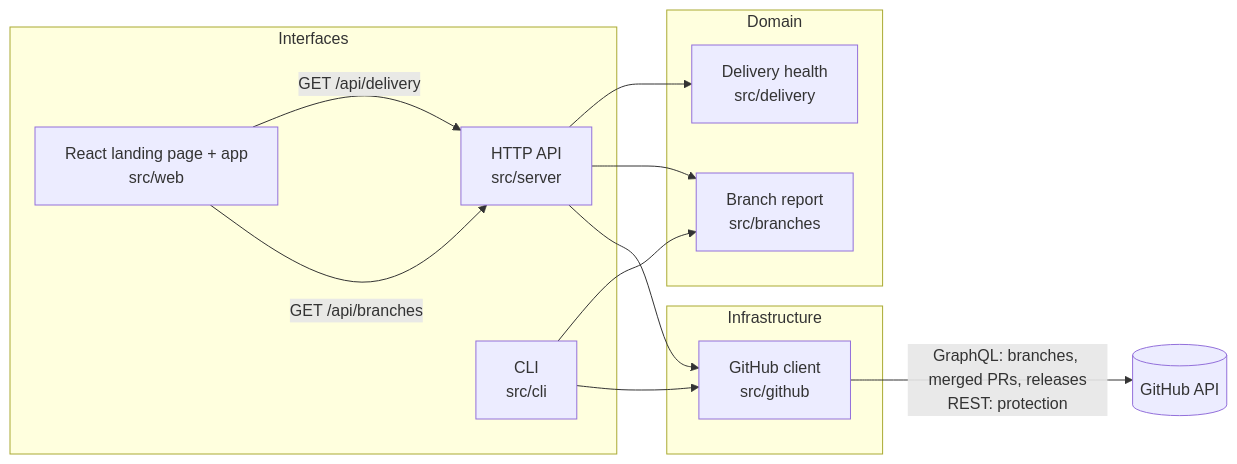
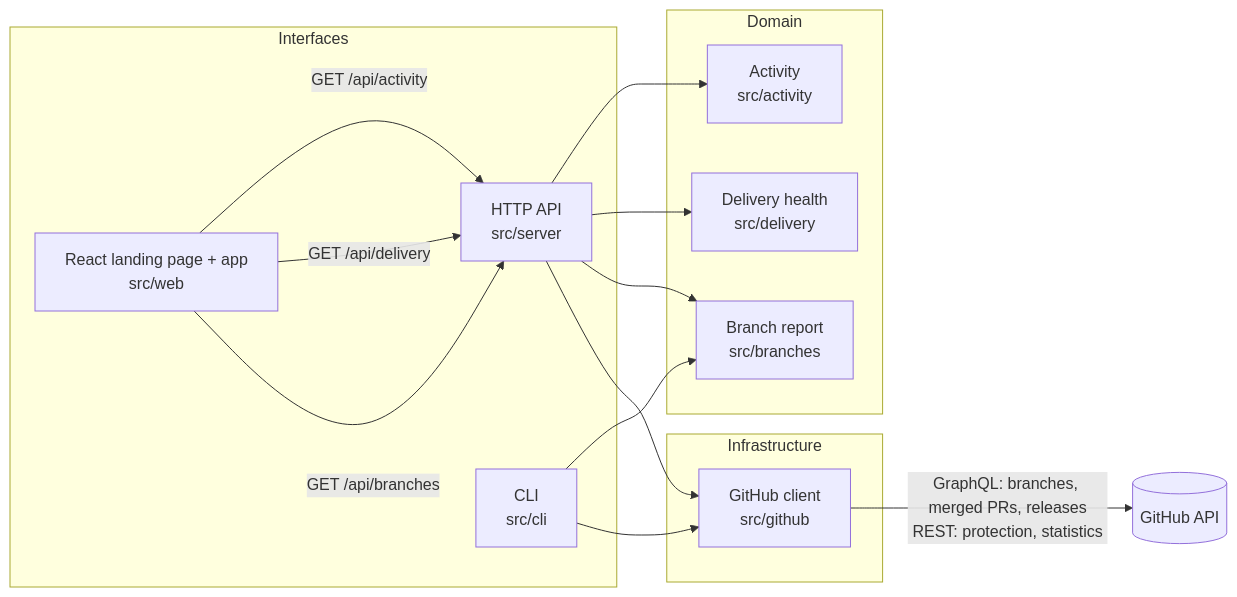
The first of 2 diagrams in README.md (BrahimNJ/DevPulse), drawn with Mermaid before and after one commit. The commit also changed other lines of this file and 37 other files, not shown here.

````diff
--- a/README.md
+++ b/README.md
@@ -89,23 +96,26 @@
 ```mermaid
 flowchart LR
     subgraph Interfaces
         W[React landing page + app<br/>src/web]
         S[HTTP API<br/>src/server]
         C[CLI<br/>src/cli]
     end
     subgraph Infrastructure
         G[GitHub client<br/>src/github]
     end
     subgraph Domain
         B[Branch report<br/>src/branches]
         D[Delivery health<br/>src/delivery]
+        A[Activity<br/>src/activity]
     end
     W -->|GET /api/branches| S
     W -->|GET /api/delivery| S
+    W -->|GET /api/activity| S
     S --> G
     C --> G
     S --> B
     S --> D
+    S --> A
     C --> B
-    G -->|GraphQL: branches, merged PRs, releases<br/>REST: protection| GH[(GitHub API)]
+    G -->|GraphQL: branches, merged PRs, releases<br/>REST: protection, statistics| GH[(GitHub API)]
 ```
````
